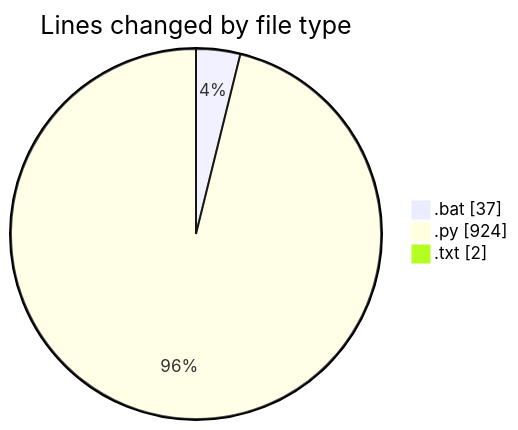
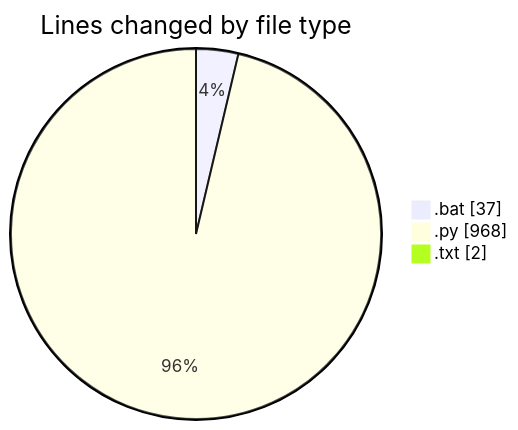
Before and after one commit to FelipKnott/code-tracking: the first of 2 diagrams in 2025-07-04/cursor/README.md, drawn with Mermaid. The commit also changed other lines of this file and 1 other file, not shown here.

````diff
--- a/2025-07-04/cursor/README.md
+++ b/2025-07-04/cursor/README.md
@@ -35,7 +35,7 @@
 ```mermaid
 pie showData
 title Lines changed by file type
 ".bat" : 37
-".py" : 924
+".py" : 968
 ".txt" : 2
 ```
````
